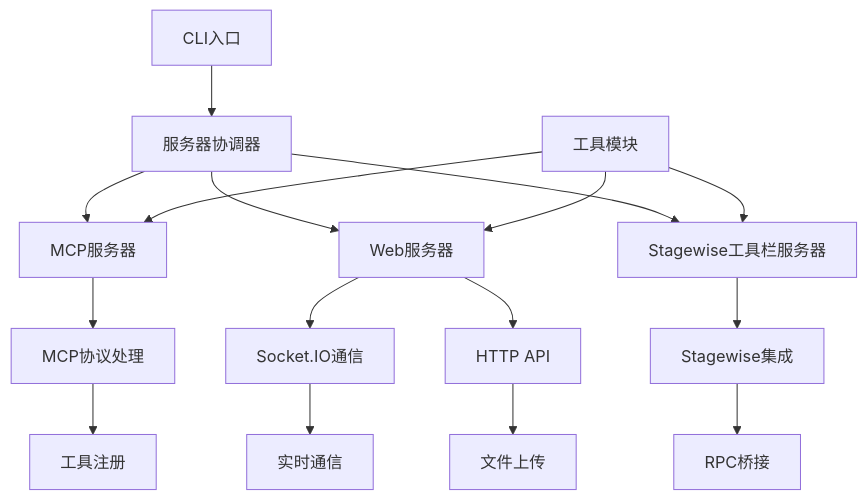
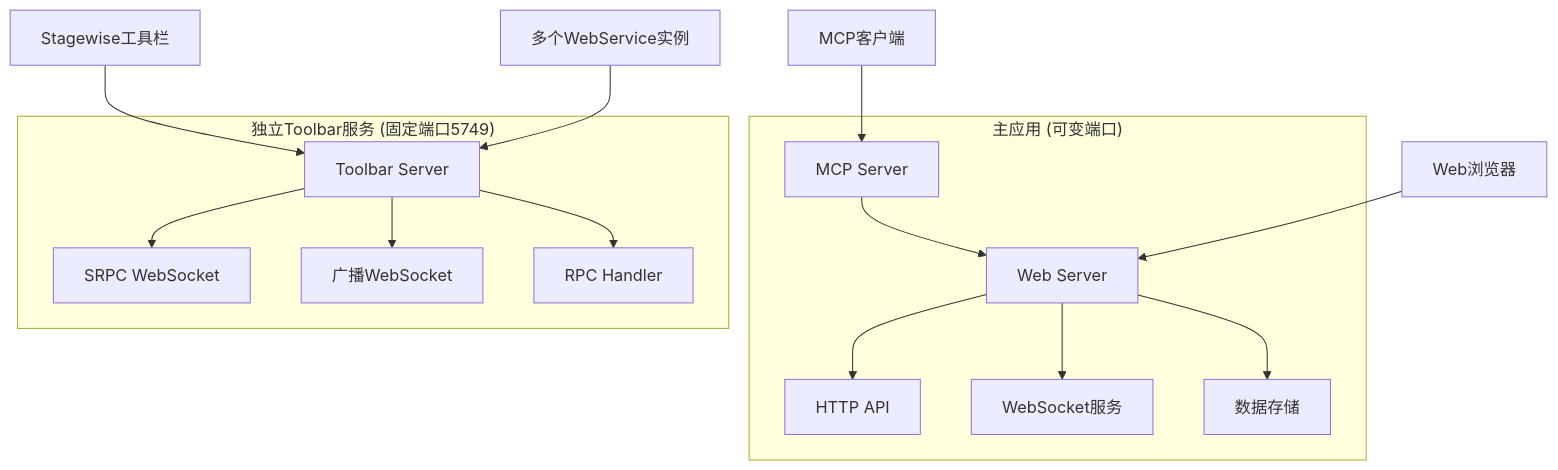
The diagram in docs/模块层/后端模块/index.md (Songmengdi/mcp-feedback-collector), drawn with Mermaid before and after one commit. The commit also changed other lines of this file and 37 other files, not shown here.

````diff
--- a/docs/模块层/后端模块/index.md
+++ b/docs/模块层/后端模块/index.md
@@ -17,21 +10,20 @@
 ```mermaid
-graph TD
-    A[CLI入口] --> B[服务器协调器]
-    B --> C[MCP服务器]
-    B --> D[Web服务器]
-    B --> E[Stagewise工具栏服务器]
+graph TB
+    subgraph "主应用 (可变端口)"
+        A[MCP Server] --> B[Web Server]
+        B --> C[HTTP API]
+        B --> D[WebSocket服务]
+        B --> E[数据存储]
+    end
     
-    C --> F[MCP协议处理]
-    D --> G[Socket.IO通信]
-    D --> H[HTTP API]
-    E --> I[Stagewise集成]
+    subgraph "独立Toolbar服务 (固定端口5749)"
+        F[Toolbar Server] --> G[SRPC WebSocket]
+        F --> H[广播WebSocket]
+        F --> I[RPC Handler]
+    end
     
-    F --> J[工具注册]
-    G --> K[实时通信]
-    H --> L[文件上传]
-    I --> M[RPC桥接]
-    
-    N[工具模块] --> C
-    N --> D
-    N --> E
+    J[MCP客户端] --> A
+    K[Web浏览器] --> B
+    L[Stagewise工具栏] --> F
+    M[多个WebService实例] --> F
 ```
````
